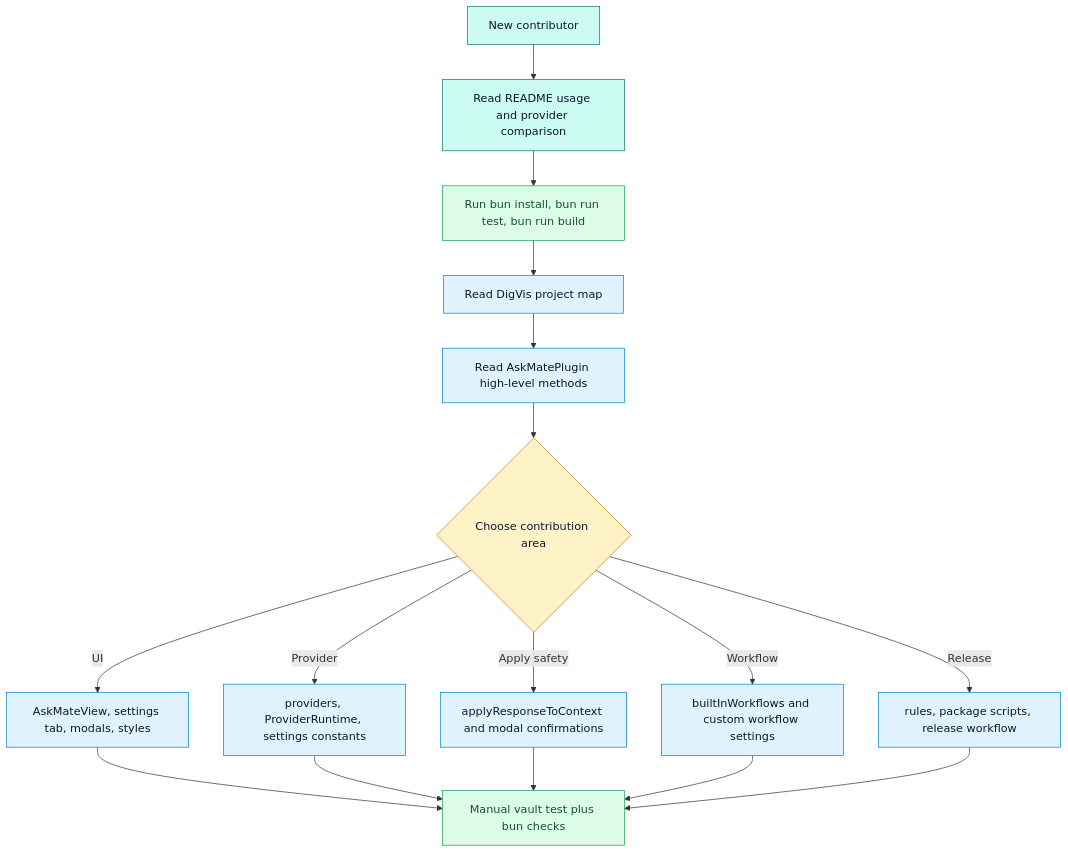
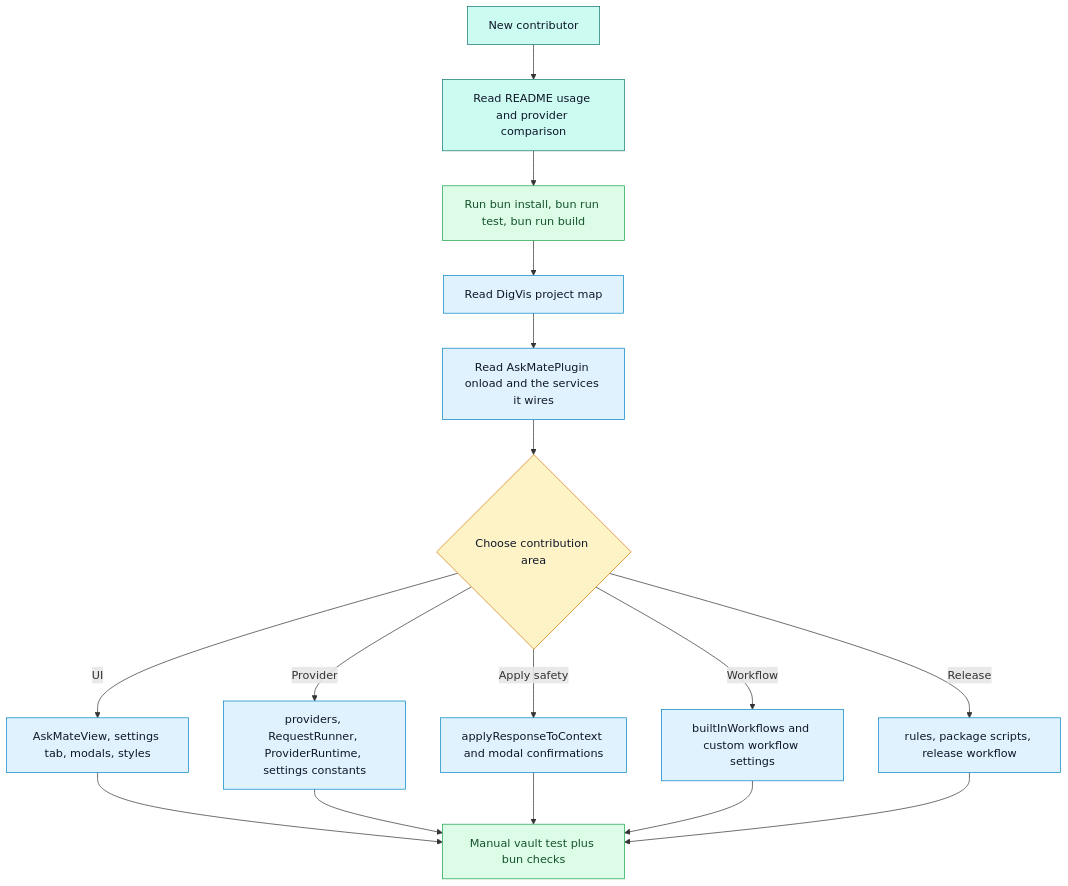
One commit to CodeWithBehnam/askmate changed the diagram in DigVis/09-onboarding-path.md. Above: the diagram before and after it, drawn with Mermaid. The commit also changed other lines of this file and 88 other files, not shown here.

````diff
--- a/DigVis/09-onboarding-path.md
+++ b/DigVis/09-onboarding-path.md
@@ -9,28 +9,28 @@
 ```mermaid
 flowchart TD
   Start["New contributor"] --> Product["Read README usage and provider comparison"]
   Product --> Setup["Run bun install, bun run test, bun run build"]
   Setup --> Map["Read DigVis project map"]
-  Map --> Core["Read AskMatePlugin high-level methods"]
+  Map --> Core["Read AskMatePlugin onload and the services it wires"]
   Core --> Choose{"Choose contribution area"}
   Choose -- "UI" --> Sidebar["AskMateView, settings tab, modals, styles"]
-  Choose -- "Provider" --> Providers["providers, ProviderRuntime, settings constants"]
+  Choose -- "Provider" --> Providers["providers, RequestRunner, ProviderRuntime, settings constants"]
   Choose -- "Apply safety" --> Apply["applyResponseToContext and modal confirmations"]
   Choose -- "Workflow" --> Workflows["builtInWorkflows and custom workflow settings"]
   Choose -- "Release" --> Release["rules, package scripts, release workflow"]
   Sidebar --> Validate["Manual vault test plus bun checks"]
   Providers --> Validate
   Apply --> Validate
   Workflows --> Validate
   Release --> Validate
 
   classDef user fill:#CCFBF1,stroke:#0F766E,color:#0F172A
   classDef core fill:#E0F2FE,stroke:#0284C7,color:#0F172A
   classDef decision fill:#FEF3C7,stroke:#D97706,color:#0F172A
   classDef test fill:#DCFCE7,stroke:#16A34A,color:#14532D
 
   class Start,Product user
   class Map,Core,Sidebar,Providers,Apply,Workflows,Release core
   class Choose decision
   class Setup,Validate test
 ```
````
